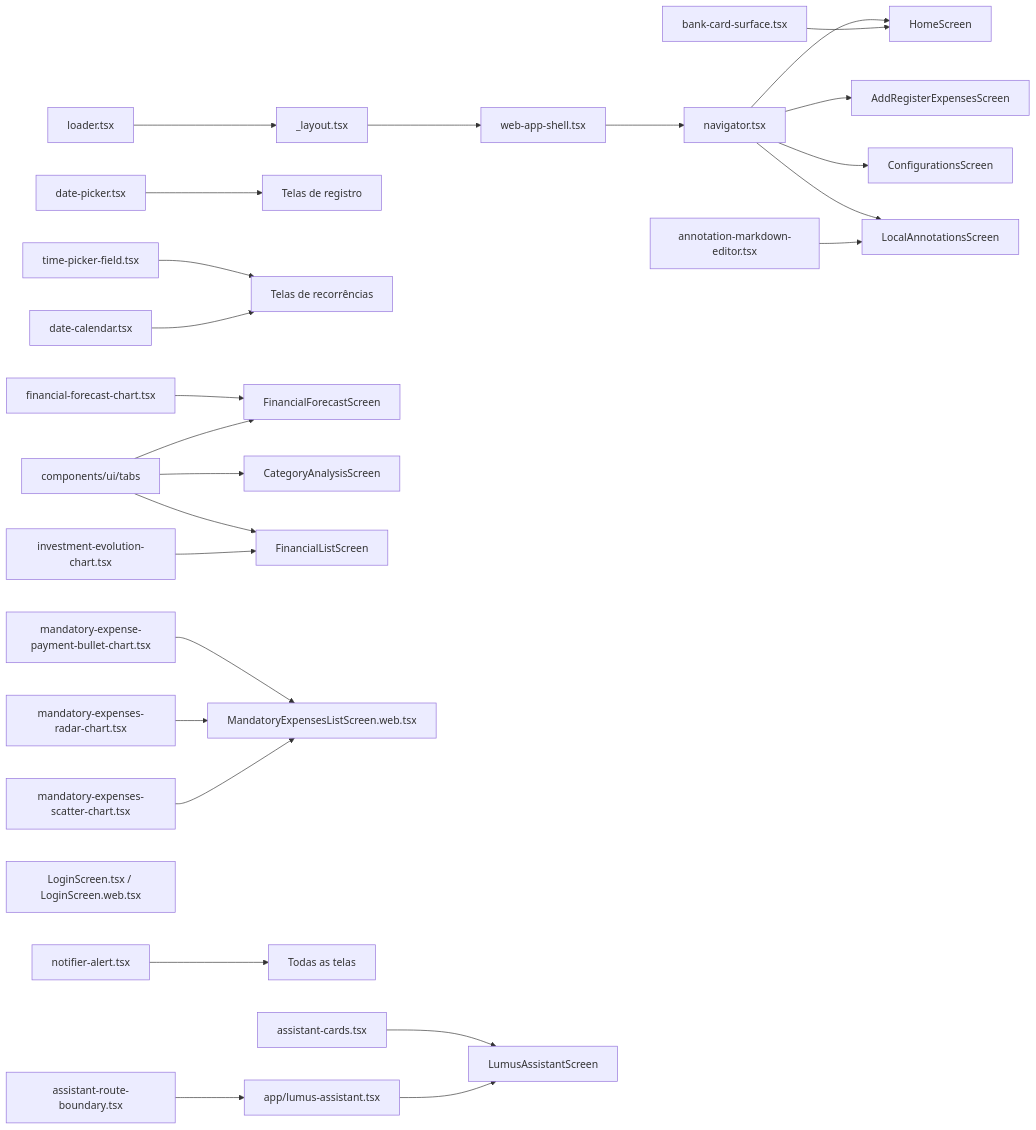
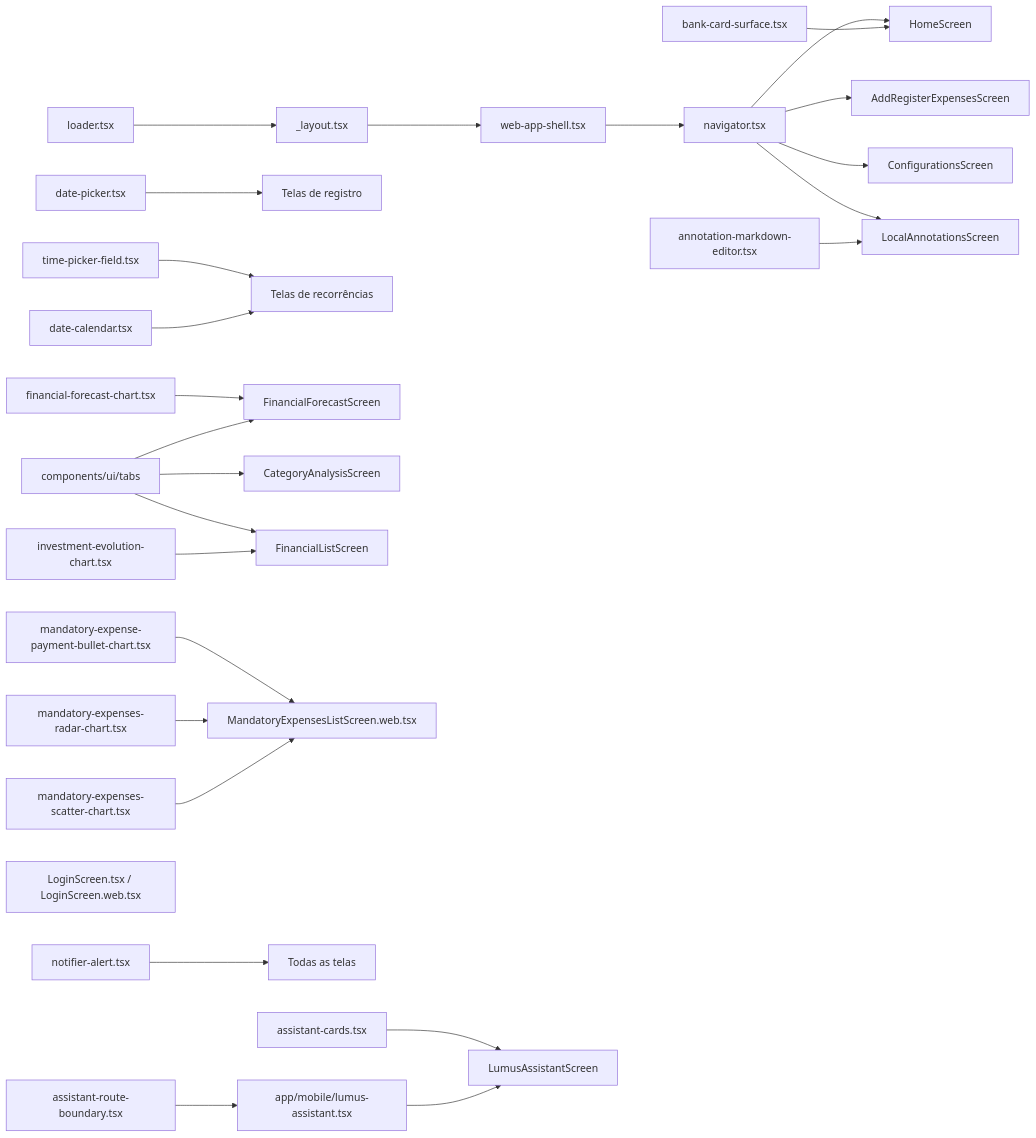
Before and after one commit to gabrielmazz/finances-app: the diagram in Arquitetura/Componentes UI.md, drawn with Mermaid. The commit also changed other lines of this file and 301 other files, not shown here.

````diff
--- a/Arquitetura/Componentes UI.md
+++ b/Arquitetura/Componentes UI.md
@@ -118,28 +113,28 @@
 ```mermaid
 graph LR
     NAV[navigator.tsx] --> HOME[HomeScreen]
     LAYOUT["app-root.tsx"] --> WSH[web-app-shell.tsx]
     WSH --> NAV
     NAV --> CTRL[AddRegisterExpensesScreen]
     NAV --> CFG[ConfigurationsScreen]
     NAV --> ANS[LocalAnnotationsScreen]
     AME[annotation-markdown-editor.tsx] --> ANS
     BCS[bank-card-surface.tsx] --> HOME
     DP[date-picker.tsx] --> REG[Telas de registro]
     TP[time-picker-field.tsx] --> MAN[Telas de recorrências]
     FFC[financial-forecast-chart.tsx] --> FFS[FinancialForecastScreen]
     TABS[components/ui/tabs] --> FFS
     TABS --> CAS[CategoryAnalysisScreen]
     TABS --> FLS[FinancialListScreen]
     IEC[investment-evolution-chart.tsx] --> FLS[FinancialListScreen]
     DC[date-calendar.tsx] --> MAN[Telas de recorrências]
     PEBC[mandatory-expense-payment-bullet-chart.tsx] --> MEL[MandatoryExpensesListScreen.web.tsx]
     PERC[mandatory-expenses-radar-chart.tsx] --> MEL
     PESC[mandatory-expenses-scatter-chart.tsx] --> MEL
     NA[notifier-alert.tsx] --> ALL[Todas as telas]
     LOG[LoginScreen.tsx / LoginScreen.web.tsx]
     LDR[loader.tsx] --> LAYOUT["_layout.tsx"]
     LAC[assistant-cards.tsx] --> LAS[LumusAssistantScreen]
-    ARB[assistant-route-boundary.tsx] --> LAR[app/lumus-assistant.tsx]
+    ARB[assistant-route-boundary.tsx] --> LAR[app/mobile/lumus-assistant.tsx]
     LAR --> LAS
 ```
````
